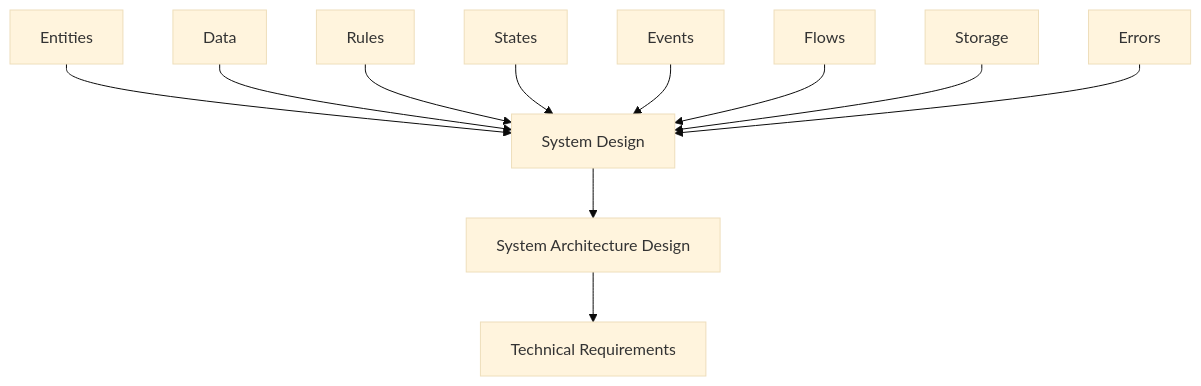
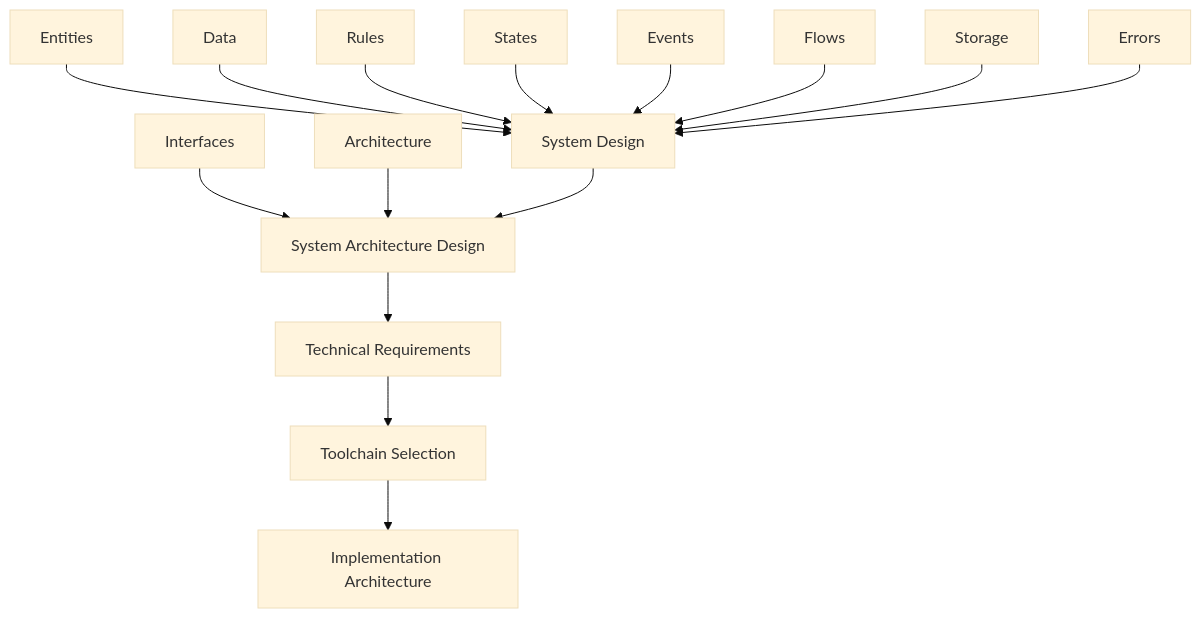
One commit to Mvil34998/Programming-Digital-Systems changed the fourth of 4 diagrams in docs/00_maps/Documentation_Map.md. Above: the diagram before and after it, drawn with Mermaid (base theme). The commit also changed other lines of this file, not shown here.

Commit message:
Update documentation map for toolchain transition and implementation architecture

````diff
--- a/docs/00_maps/Documentation_Map.md
+++ b/docs/00_maps/Documentation_Map.md
@@ -261,13 +285,17 @@
 ```mermaid
 flowchart TD
     E1[Entities] --> SD[System Design]
     E2[Data] --> SD
     E3[Rules] --> SD
     E4[States] --> SD
     E5[Events] --> SD
     E6[Flows] --> SD
     E7[Storage] --> SD
     E8[Errors] --> SD
-    SD --> SAD[System Architecture Design]
+    E9[Interfaces] --> SAD[System Architecture Design]
+    E10[Architecture] --> SAD
+    SD --> SAD
     SAD --> TR[Technical Requirements]
+    TR --> TS[Toolchain Selection]
+    TS --> IA[Implementation Architecture]
 ```
````
